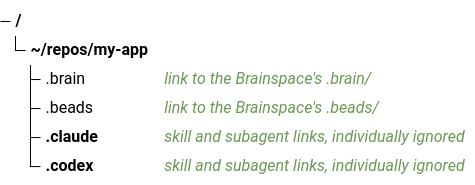
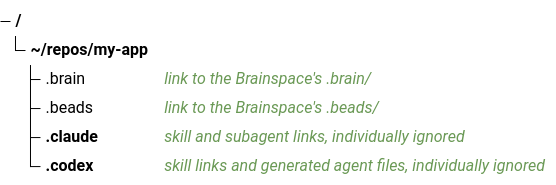
Before and after one commit to arminzou/dotbrain: the diagram in docs/getting-started.md, drawn with Mermaid. The commit also changed other lines of this file and 65 other files, not shown here.

````diff
--- a/docs/getting-started.md
+++ b/docs/getting-started.md
@@ -157,9 +157,9 @@
 ```mermaid
 treeView-beta
   accTitle: What wiring adds to a code repo
   ~/repos/my-app/
     .brain ## link to the Brainspace's .brain/
     .beads ## link to the Brainspace's .beads/
     .claude/ ## skill and subagent links, individually ignored
-    .codex/ ## skill and subagent links, individually ignored
+    .codex/ ## skill links and generated agent files, individually ignored
 ```
````
